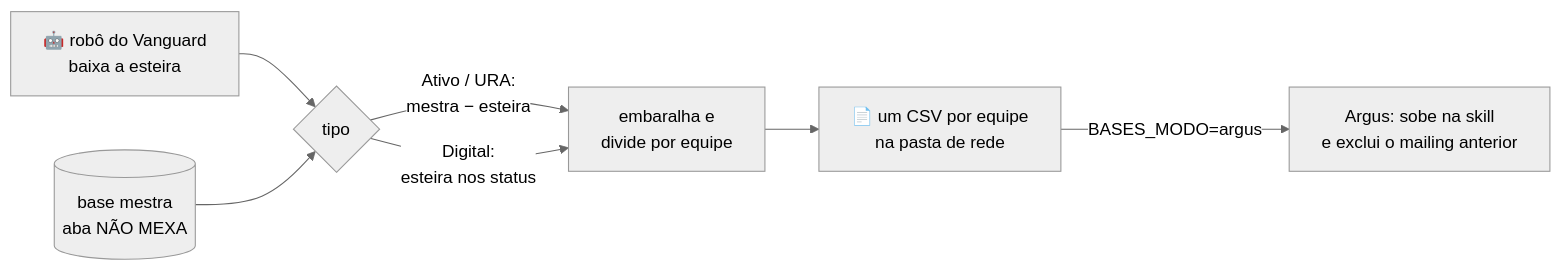
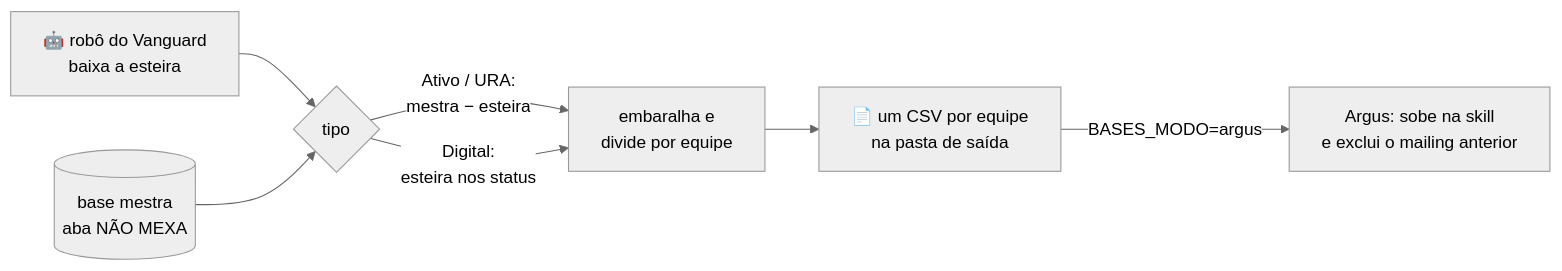
One commit to nanzinx/Benura changed the second of 3 diagrams in README.md. Above: the diagram before and after it, drawn with Mermaid (neutral theme). The commit also changed other lines of this file and 2 other files, not shown here.

````diff
--- a/README.md
+++ b/README.md
@@ -320,9 +320,9 @@
 ```mermaid
 flowchart LR
     R[🤖 robô do Vanguard<br>baixa a esteira] --> F{tipo}
     M[(base mestra<br>aba NÃO MEXA)] --> F
     F -->|Ativo / URA:<br>mestra − esteira| E[embaralha e<br>divide por equipe]
     F -->|Digital:<br>esteira nos status| E
-    E --> C[📄 um CSV por equipe<br>na pasta de rede]
+    E --> C[📄 um CSV por equipe<br>na pasta de saída]
     C -->|BASES_MODO=argus| S[Argus: sobe na skill<br>e exclui o mailing anterior]
 ```
````
